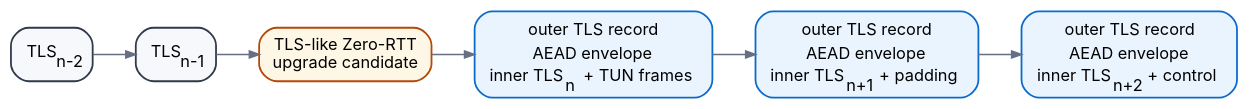
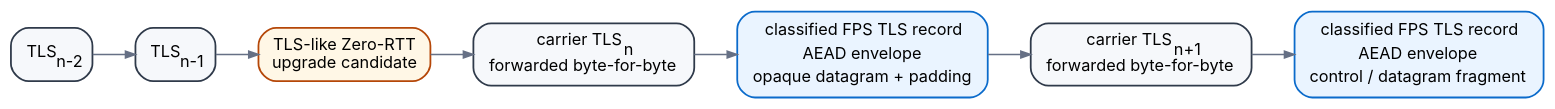
One commit to mrcatnapper/fps changed the diagram in articles/assets/fps-tls-record-stream.dot. Above: the diagram before and after it, drawn with Graphviz. The commit also changed 66 other files, not shown here.

First line of the commit message:
Split covert datagram core from TUN adapter (#10)

```diff
--- a/articles/assets/fps-tls-record-stream.dot
+++ b/articles/assets/fps-tls-record-stream.dot
@@ -1,34 +1,35 @@
 digraph fps_tls_record_stream {
   graph [
     rankdir=LR,
     bgcolor="transparent",
     margin=0.15,
     nodesep=0.28,
     ranksep=0.4,
     fontname="Inter,Arial,sans-serif"
   ];
   node [
     shape=box,
     style="rounded,filled",
     color="#2f3a4a",
     penwidth=1.2,
     fillcolor="#f6f8fb",
     fontname="Inter,Arial,sans-serif",
     fontsize=11,
     margin="0.11,0.07"
   ];
   edge [
     color="#667085",
     arrowsize=0.65,
     penwidth=1.1
   ];
 
   r1 [label=<<TABLE BORDER="0" CELLBORDER="0" CELLSPACING="0"><TR><TD>TLS<SUB>n-2</SUB></TD></TR></TABLE>>];
   r2 [label=<<TABLE BORDER="0" CELLBORDER="0" CELLSPACING="0"><TR><TD>TLS<SUB>n-1</SUB></TD></TR></TABLE>>];
   z [label="TLS-like Zero-RTT\nupgrade candidate", fillcolor="#fff7e6", color="#b54708"];
-  e1 [label=<<TABLE BORDER="0" CELLBORDER="0" CELLSPACING="0"><TR><TD>outer TLS record</TD></TR><TR><TD>AEAD envelope</TD></TR><TR><TD>inner TLS<SUB>n</SUB>   + TUN frames</TD></TR></TABLE>>, fillcolor="#eaf4ff", color="#0b6bcb"];
-  e2 [label=<<TABLE BORDER="0" CELLBORDER="0" CELLSPACING="0"><TR><TD>outer TLS record</TD></TR><TR><TD>AEAD envelope</TD></TR><TR><TD>inner TLS<SUB>n+1</SUB>   + padding</TD></TR></TABLE>>, fillcolor="#eaf4ff", color="#0b6bcb"];
-  e3 [label=<<TABLE BORDER="0" CELLBORDER="0" CELLSPACING="0"><TR><TD>outer TLS record</TD></TR><TR><TD>AEAD envelope</TD></TR><TR><TD>inner TLS<SUB>n+2</SUB>   + control</TD></TR></TABLE>>, fillcolor="#eaf4ff", color="#0b6bcb"];
+  e1 [label=<<TABLE BORDER="0" CELLBORDER="0" CELLSPACING="0"><TR><TD>carrier TLS<SUB>n</SUB></TD></TR><TR><TD>forwarded byte-for-byte</TD></TR></TABLE>>];
+  e2 [label=<<TABLE BORDER="0" CELLBORDER="0" CELLSPACING="0"><TR><TD>classified FPS TLS record</TD></TR><TR><TD>AEAD envelope</TD></TR><TR><TD>opaque datagram + padding</TD></TR></TABLE>>, fillcolor="#eaf4ff", color="#0b6bcb"];
+  e3 [label=<<TABLE BORDER="0" CELLBORDER="0" CELLSPACING="0"><TR><TD>carrier TLS<SUB>n+1</SUB></TD></TR><TR><TD>forwarded byte-for-byte</TD></TR></TABLE>>];
+  e4 [label=<<TABLE BORDER="0" CELLBORDER="0" CELLSPACING="0"><TR><TD>classified FPS TLS record</TD></TR><TR><TD>AEAD envelope</TD></TR><TR><TD>control / datagram fragment</TD></TR></TABLE>>, fillcolor="#eaf4ff", color="#0b6bcb"];
 
-  r1 -> r2 -> z -> e1 -> e2 -> e3;
+  r1 -> r2 -> z -> e1 -> e2 -> e3 -> e4;
 }
```
